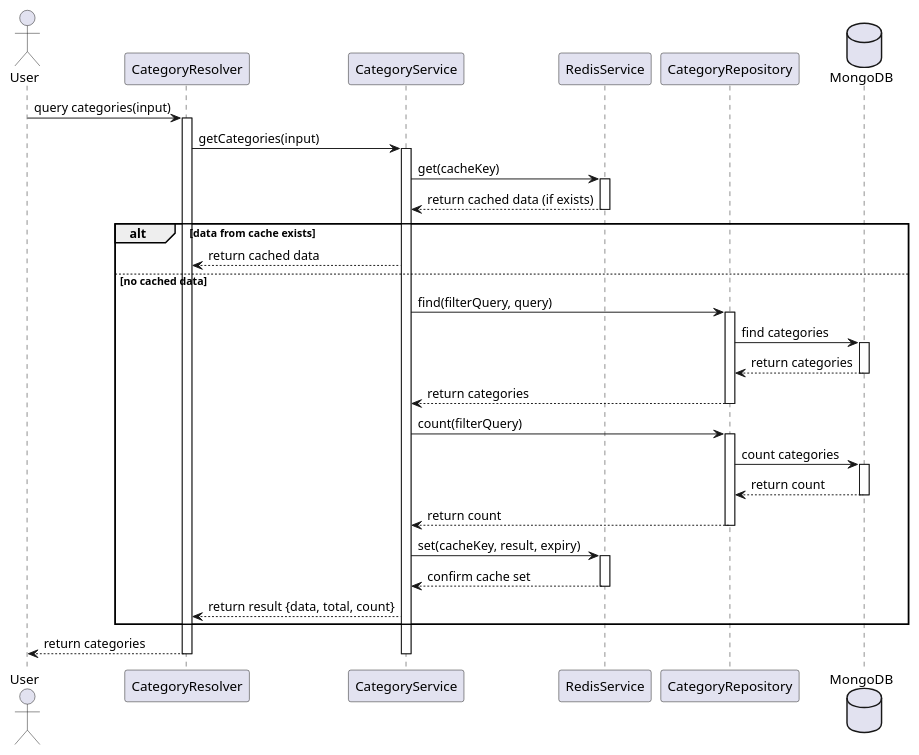
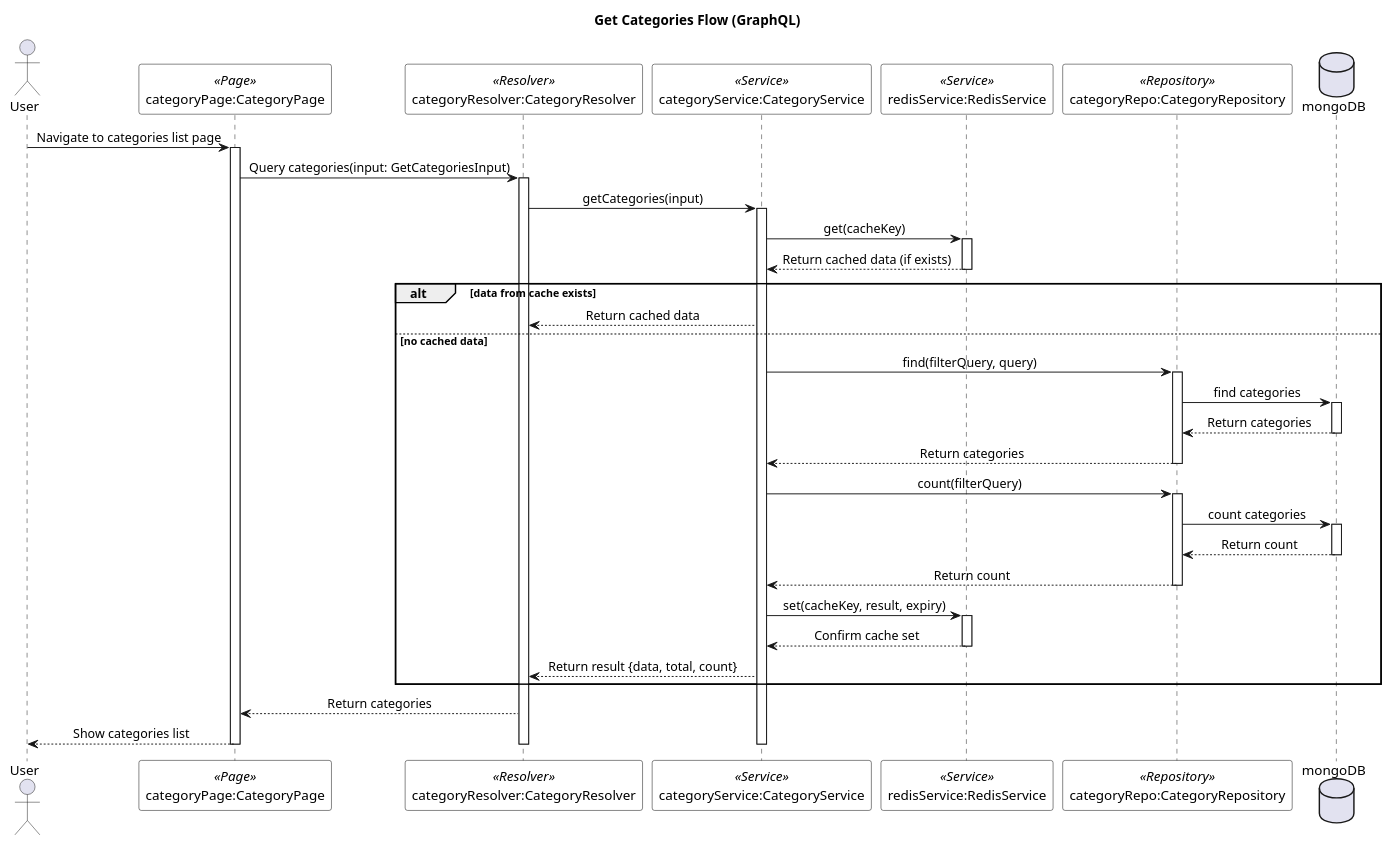
Before and after one commit to lehuygiang28/vphim: the diagram in documents/diagram/sequences/categories/category_get_categories.puml, drawn with PlantUML. The commit also changed other lines of this file and 4 other files, not shown here.

First line of the commit message:
refactor(diagrams/sequences/categories): 🛠️ update category management flow diagrams

```diff
--- a/documents/diagram/sequences/categories/category_get_categories.puml
+++ b/documents/diagram/sequences/categories/category_get_categories.puml
@@ -1,53 +1,71 @@
-@startuml Category - Get Categories
+@startuml Get Categories Flow
 
-actor "User" as Client
-participant "CategoryResolver" as Resolver
-participant "CategoryService" as Service
-participant "RedisService" as Redis
-participant "CategoryRepository" as Repo
-database "MongoDB" as DB
+skinparam SequenceMessageAlignment center
+skinparam SequenceBoxBackgroundColor white
+skinparam SequenceBoxBorderColor black
+skinparam NoteBackgroundColor lightyellow
+skinparam NoteBorderColor black
+skinparam ParticipantBackgroundColor white
+skinparam ParticipantBorderColor black
 
-Client -> Resolver: query categories(input)
-activate Resolver
-Resolver -> Service: getCategories(input)
-activate Service
+title Get Categories Flow (GraphQL)
 
-Service -> Redis: get(cacheKey)
-activate Redis
-Redis --> Service: return cached data (if exists)
-deactivate Redis
+actor "User" as user
+participant "categoryPage:CategoryPage" as categoryPage <<Page>>
+participant "categoryResolver:CategoryResolver" as categoryResolver <<Resolver>>
+participant "categoryService:CategoryService" as categoryService <<Service>>
+participant "redisService:RedisService" as redisService <<Service>>
+participant "categoryRepo:CategoryRepository" as categoryRepo <<Repository>>
+database "mongoDB" as mongoDB
+
+user -> categoryPage : Navigate to categories list page
+activate categoryPage
+
+categoryPage -> categoryResolver : Query categories(input: GetCategoriesInput)
+activate categoryResolver
+
+categoryResolver -> categoryService : getCategories(input)
+activate categoryService
+
+categoryService -> redisService : get(cacheKey)
+activate redisService
+redisService --> categoryService : Return cached data (if exists)
+deactivate redisService
 
 alt data from cache exists
-    Service --> Resolver: return cached data
+    categoryService --> categoryResolver : Return cached data
 else no cached data
-    Service -> Repo: find(filterQuery, query)
-    activate Repo
-    Repo -> DB: find categories
-    activate DB
-    DB --> Repo: return categories
-    deactivate DB
-    Repo --> Service: return categories
-    deactivate Repo
+    categoryService -> categoryRepo : find(filterQuery, query)
+    activate categoryRepo
+    categoryRepo -> mongoDB : find categories
+    activate mongoDB
+    mongoDB --> categoryRepo : Return categories
+    deactivate mongoDB
+    categoryRepo --> categoryService : Return categories
+    deactivate categoryRepo
 
-    Service -> Repo: count(filterQuery)
-    activate Repo
-    Repo -> DB: count categories
-    activate DB
-    DB --> Repo: return count
-    deactivate DB
-    Repo --> Service: return count
-    deactivate Repo
+    categoryService -> categoryRepo : count(filterQuery)
+    activate categoryRepo
+    categoryRepo -> mongoDB : count categories
+    activate mongoDB
+    mongoDB --> categoryRepo : Return count
+    deactivate mongoDB
+    categoryRepo --> categoryService : Return count
+    deactivate categoryRepo
 
-    Service -> Redis: set(cacheKey, result, expiry)
-    activate Redis
-    Redis --> Service: confirm cache set
-    deactivate Redis
+    categoryService -> redisService : set(cacheKey, result, expiry)
+    activate redisService
+    redisService --> categoryService : Confirm cache set
+    deactivate redisService
 
-    Service --> Resolver: return result {data, total, count}
+    categoryService --> categoryResolver : Return result {data, total, count}
 end
 
-Resolver --> Client: return categories
-deactivate Service
-deactivate Resolver
+categoryResolver --> categoryPage : Return categories
+categoryPage --> user : Show categories list
+
+deactivate categoryService
+deactivate categoryResolver
+deactivate categoryPage
 
 @enduml
```
